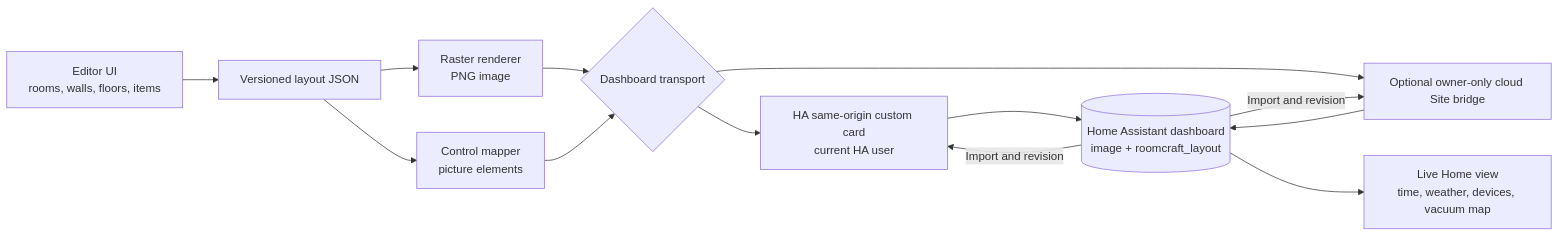
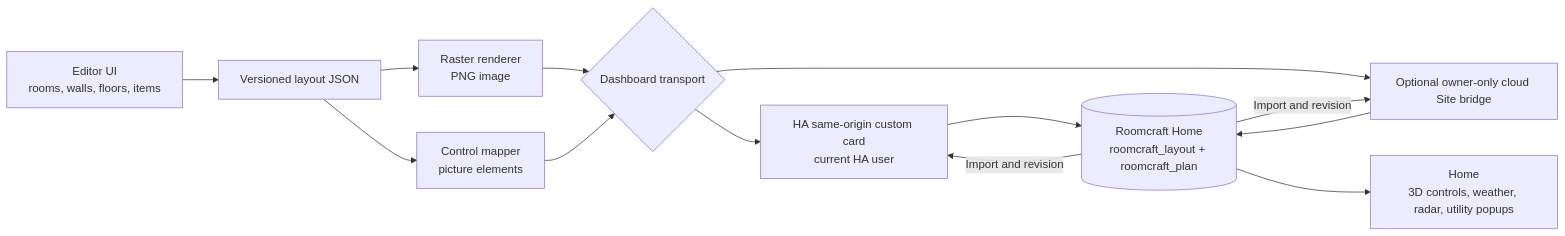
Before and after one commit to Kenkneeshio/AI_VIBECODING: the diagram in home-assistant/projects/roomcraft/docs/architecture.md, drawn with Mermaid. The commit also changed other lines of this file and 29 other files, not shown here.

Commit message:
Unify Roomcraft Home and Studio and keep radar avatars visible

````diff
--- a/home-assistant/projects/roomcraft/docs/architecture.md
+++ b/home-assistant/projects/roomcraft/docs/architecture.md
@@ -7,15 +7,15 @@
 ```mermaid
 flowchart LR
   E[Editor UI<br/>rooms, walls, floors, items] --> M[Versioned layout JSON]
   M --> R[Raster renderer<br/>PNG image]
   M --> C[Control mapper<br/>picture elements]
   R --> T{Dashboard transport}
   C --> T
   T --> A[HA same-origin custom card<br/>current HA user]
   T --> B[Optional owner-only cloud Site bridge]
-  A --> H[(Home Assistant dashboard<br/>image + roomcraft_layout)]
+  A --> H[(Roomcraft Home<br/>roomcraft_layout + roomcraft_plan)]
   B --> H
   H -->|Import and revision| A
   H -->|Import and revision| B
-  H --> L[Live Home view<br/>time, weather, devices, vacuum map]
+  H --> L[Home<br/>3D controls, weather, radar, utility popups]
 ```
````
